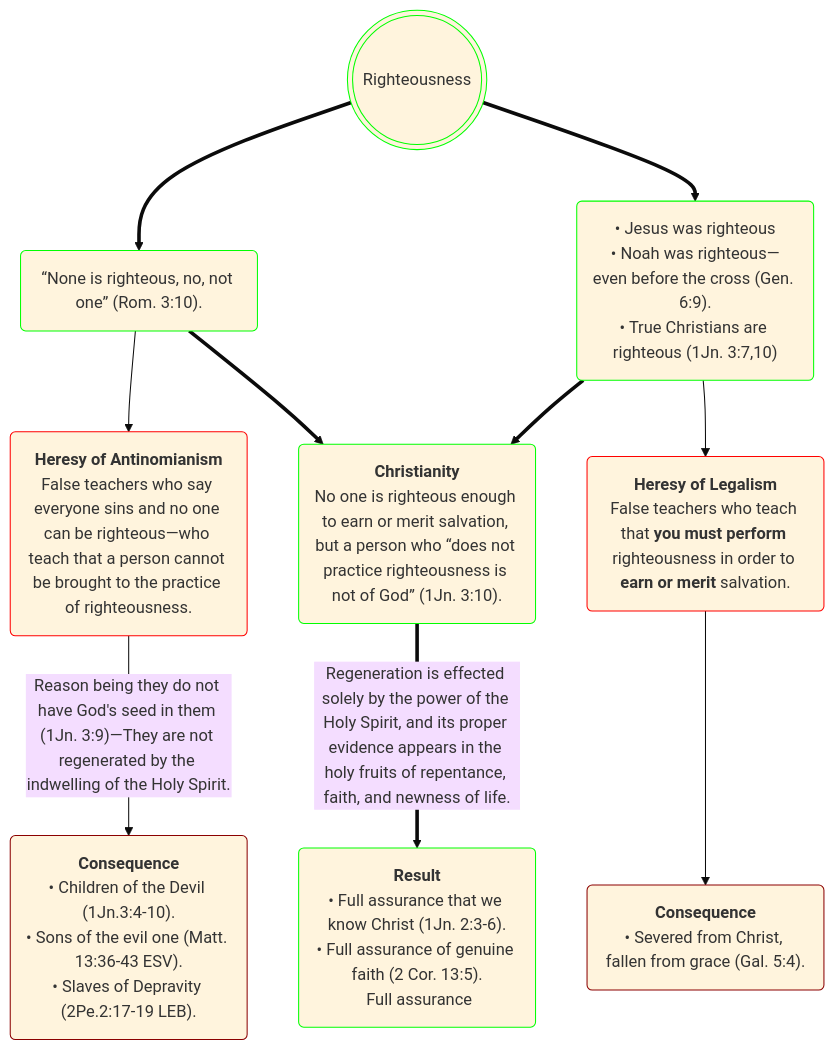
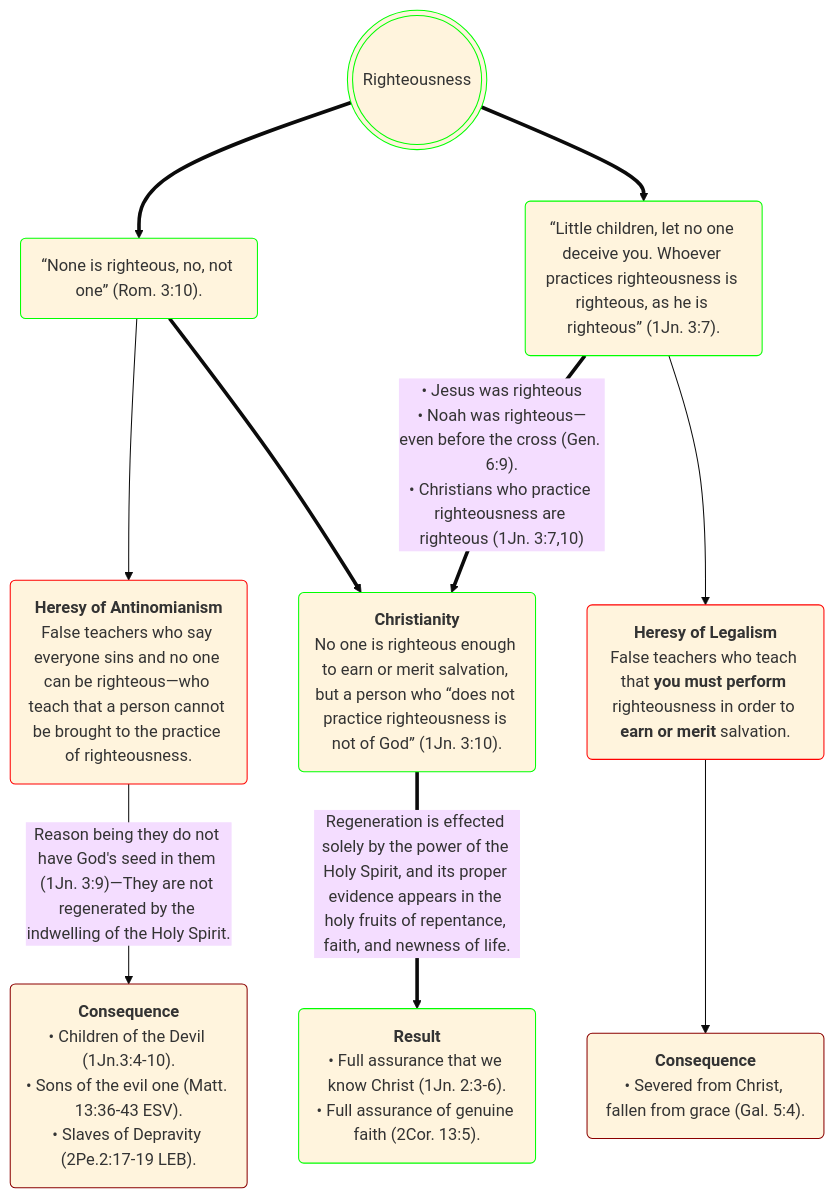
Before and after one commit to OrdoLuminis/ordoluminis.github.io: the diagram in _posts/2026-05-23-righteousness.markdown, drawn with Mermaid (base theme). The commit also changed other lines of this file, not shown here.

Commit message:
chart edit

````diff
--- a/_posts/2026-05-23-righteousness.markdown
+++ b/_posts/2026-05-23-righteousness.markdown
@@ -46,16 +46,16 @@
 ```mermaid
 flowchart TD
     A(((Righteousness))):::green
     A ==> B(&ldquo;None is righteous, no, not one&rdquo; &lpar;Rom. 3:10&rpar;.):::green
-    A ==> C(&bull; Jesus was righteous<br>&bull; Noah was righteous&mdash;even before the cross &lpar;Gen. 6:9&rpar;.<br>&bull; True Christians are righteous &lpar;1Jn. 3:7,10&rpar;):::green
+    A ==> C(&ldquo;Little children, let no one deceive you. Whoever practices righteousness is righteous, as he is righteous&rdquo; &lpar;1Jn. 3:7&rpar;.):::green
     B --> D(<strong>Heresy of Antinomianism</strong><br>False teachers who say everyone sins and no one can be righteous&mdash;who teach that a person cannot be brought to the practice of righteousness.):::red
     C --> E(<strong>Heresy of Legalism</strong><br>False teachers who teach that <strong>you must perform</strong> righteousness in order to <strong>earn or merit</strong> salvation.):::red
     B ==> F(<strong>Christianity</strong><br>No one is righteous enough to earn or merit salvation, but a person who &ldquo;does not practice righteousness is not of God&rdquo; &lpar;1Jn. 3:10&rpar;.):::green
-    C ==> F
+    C ==>|&bull; Jesus was righteous<br>&bull; Noah was righteous&mdash;even before the cross &lpar;Gen. 6:9&rpar;.<br>&bull; Christians who practice righteousness are righteous &lpar;1Jn. 3:7,10&rpar;| F
     D -->|Reason being they do not have God's seed in them &lpar;1Jn. 3:9&rpar;&mdash;They are not regenerated by the indwelling of the Holy Spirit.| G(<strong>Consequence</strong><br>&bull; Children of the Devil &lpar;1Jn.3:4-10&rpar;.<br>&bull; Sons of the evil one &lpar;Matt. 13:36-43 ESV&rpar;.<br>&bull; Slaves of Depravity &lpar;2Pe.2:17-19 LEB&rpar;.):::darkred
     E --> H(<strong>Consequence</strong><br>&bull; Severed from Christ, fallen from grace &lpar;Gal. 5:4&rpar;.):::darkred
-    F ==>|Regeneration is effected solely by the power of the Holy Spirit, and its proper evidence appears in the holy fruits of repentance, faith, and newness of life.| I(<strong>Result</strong><br>&bull; Full assurance that we know Christ &lpar;1Jn. 2:3-6&rpar;.<br>&bull; Full assurance of genuine faith &lpar;2 Cor. 13:5&rpar;.<br> Full assurance ):::green
+    F ==>|Regeneration is effected solely by the power of the Holy Spirit, and its proper evidence appears in the holy fruits of repentance, faith, and newness of life.| I(<strong>Result</strong><br>&bull; Full assurance that we know Christ &lpar;1Jn. 2:3-6&rpar;.<br>&bull; Full assurance of genuine faith &lpar;2Cor. 13:5&rpar;. ):::green
     classDef red stroke:#f00
     classDef green stroke:#0f0
     classDef darkred stroke:#8B0000
 ```
````
